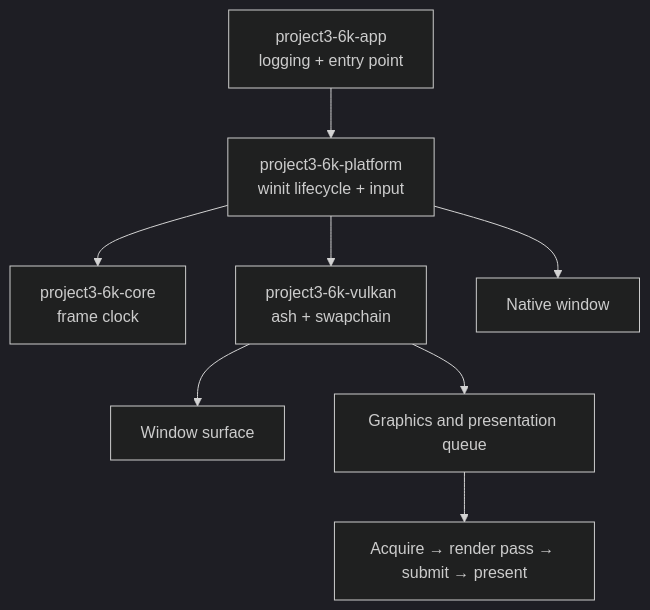
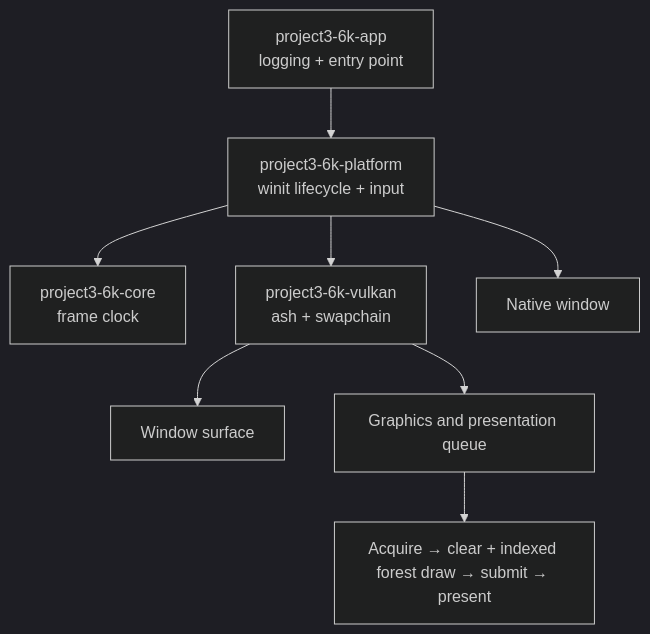
The diagram in ARCHITECTURE.md (LarpingAgent/Project3.6k), drawn with Mermaid (dark theme) before and after one commit. The commit also changed other lines of this file and 12 other files, not shown here.

````diff
--- a/ARCHITECTURE.md
+++ b/ARCHITECTURE.md
@@ -9,10 +9,10 @@
 ```mermaid
 flowchart TD
     App[project3-6k-app\nlogging + entry point] --> Platform[project3-6k-platform\nwinit lifecycle + input]
     Platform --> Core[project3-6k-core\nframe clock]
     Platform --> Vulkan[project3-6k-vulkan\nash + swapchain]
     Platform --> Window[Native window]
     Vulkan --> Surface[Window surface]
     Vulkan --> GPU[Graphics and presentation queue]
-    GPU --> Swapchain[Acquire → render pass → submit → present]
+    GPU --> Swapchain[Acquire → clear + indexed forest draw → submit → present]
 ```
````
